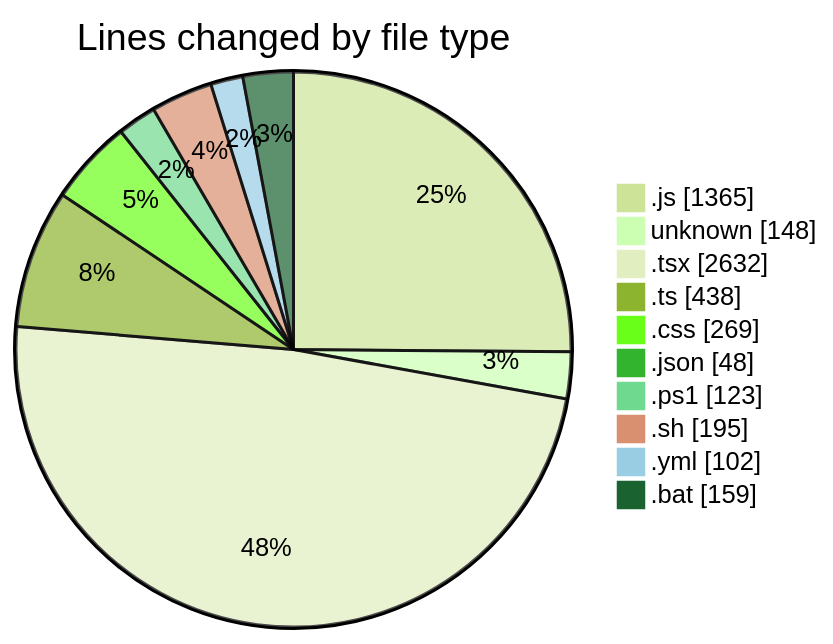
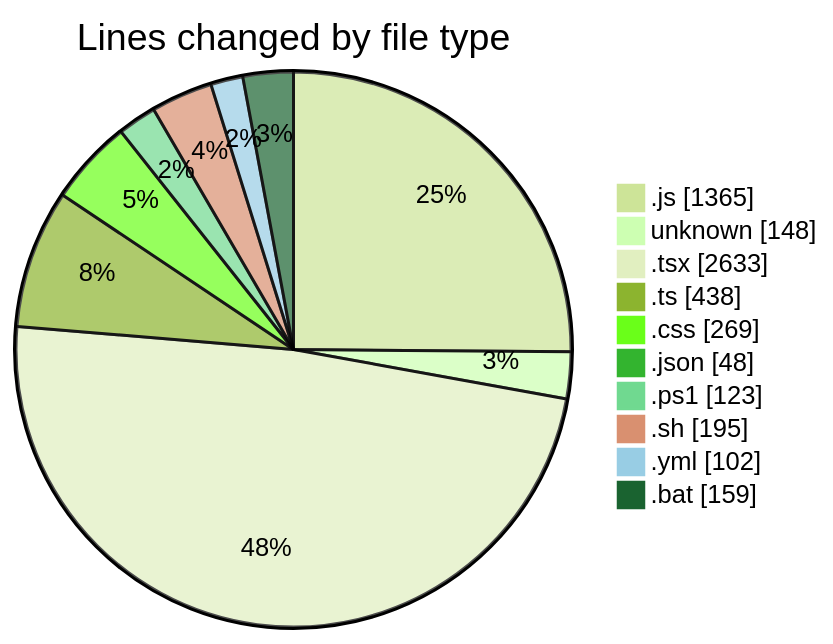
One commit to lephambinh05/code-tracking changed the first of 2 diagrams in 2025-08-06/napxuvn/README.md. Above: the diagram before and after it, drawn with Mermaid (forest theme). The commit also changed other lines of this file and 1 other file, not shown here.

````diff
--- a/2025-08-06/napxuvn/README.md
+++ b/2025-08-06/napxuvn/README.md
@@ -78,14 +78,14 @@
 ```mermaid
 pie showData
 title Lines changed by file type
 ".js" : 1365
 "unknown" : 148
-".tsx" : 2632
+".tsx" : 2633
 ".ts" : 438
 ".css" : 269
 ".json" : 48
 ".ps1" : 123
 ".sh" : 195
 ".yml" : 102
 ".bat" : 159
 ```
````
